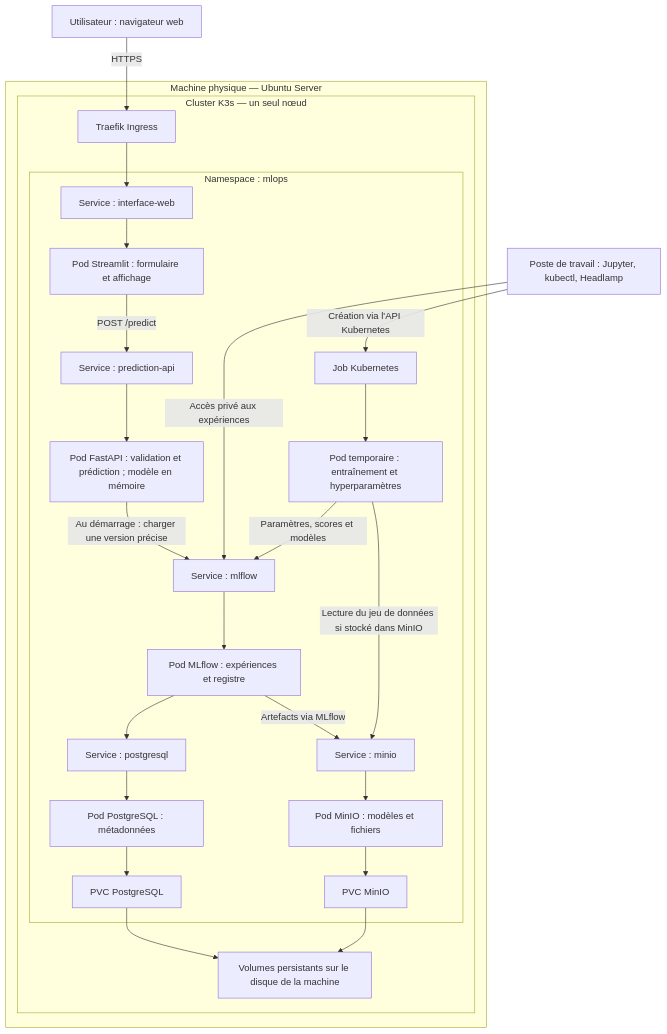
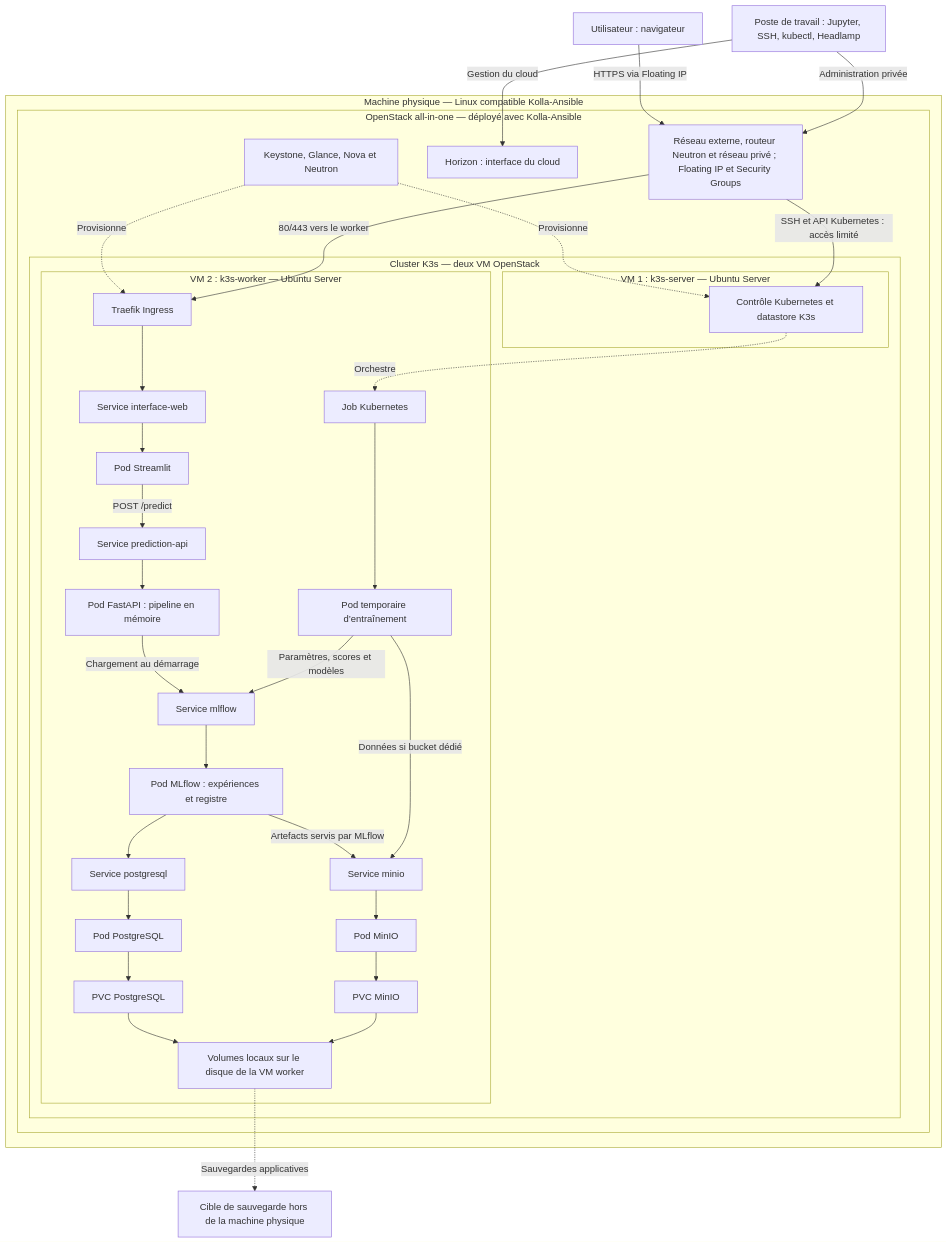
The diagram in docs/architecture/proposition-oumayma.md (oumaymaennamous/projet-option-asl-ia-ennamous-thanh), drawn with Mermaid before and after one commit. The commit also changed other lines of this file, not shown here.

First line of the commit message:
docs: adapter l’architecture au socle OpenStack all-in-one

````diff
--- a/docs/architecture/proposition-oumayma.md
+++ b/docs/architecture/proposition-oumayma.md
@@ -29,35 +37,47 @@
 ```mermaid
 flowchart TD
-    U["Utilisateur : navigateur web"] -->|"HTTPS"| ING
+    U["Utilisateur : navigateur"] -->|"HTTPS via Floating IP"| NET
+    ADMIN["Poste de travail : Jupyter, SSH, kubectl, Headlamp"] -->|"Administration privée"| NET
+    ADMIN -->|"Gestion du cloud"| HORIZON
 
-    subgraph MACHINE["Machine physique — Ubuntu Server"]
-        subgraph K3S["Cluster K3s — un seul nœud"]
-            ING["Traefik Ingress"]
-            subgraph APP["Namespace : mlops"]
-                SW["Service : interface-web"] --> WEB["Pod Streamlit : formulaire et affichage"]
-                WEB -->|"POST /predict"| SA["Service : prediction-api"]
-                SA --> API["Pod FastAPI : validation et prédiction ; modèle en mémoire"]
+    subgraph HOST["Machine physique — Linux compatible Kolla-Ansible"]
+        subgraph OS["OpenStack all-in-one — déployé avec Kolla-Ansible"]
+            HORIZON["Horizon : interface du cloud"]
+            CORE["Keystone, Glance, Nova et Neutron"]
+            NET["Réseau externe, routeur Neutron et réseau privé ; Floating IP et Security Groups"]
+            CORE -.->|"Provisionne"| CP
+            CORE -.->|"Provisionne"| INGRESS
 
-                API -->|"Au démarrage : charger une version précise"| SM["Service : mlflow"]
-                SM --> ML["Pod MLflow : expériences et registre"]
-                ML --> SP["Service : postgresql"]
-                SP --> PG["Pod PostgreSQL : métadonnées"]
-                ML -->|"Artefacts via MLflow"| SO["Service : minio"]
-                SO --> MIN["Pod MinIO : modèles et fichiers"]
+            subgraph K3S["Cluster K3s — deux VM OpenStack"]
+                subgraph VM1["VM 1 : k3s-server — Ubuntu Server"]
+                    CP["Contrôle Kubernetes et datastore K3s"]
+                end
 
-                JOB["Job Kubernetes"] --> TRAIN["Pod temporaire : entraînement et hyperparamètres"]
-                TRAIN -->|"Paramètres, scores et modèles"| SM
-                TRAIN -->|"Lecture du jeu de données si stocké dans MinIO"| SO
-
-                PG --> PVCDB["PVC PostgreSQL"]
-                MIN --> PVCMIN["PVC MinIO"]
+                subgraph VM2["VM 2 : k3s-worker — Ubuntu Server"]
+                    INGRESS["Traefik Ingress"]
+                    SW["Service interface-web"] --> WEB["Pod Streamlit"]
+                    WEB -->|"POST /predict"| SA["Service prediction-api"]
+                    SA --> API["Pod FastAPI : pipeline en mémoire"]
+                    API -->|"Chargement au démarrage"| SM["Service mlflow"]
+                    SM --> ML["Pod MLflow : expériences et registre"]
+                    ML --> SP["Service postgresql"]
+                    SP --> PG["Pod PostgreSQL"]
+                    ML -->|"Artefacts servis par MLflow"| SO["Service minio"]
+                    SO --> MIN["Pod MinIO"]
+                    JOB["Job Kubernetes"] --> TRAIN["Pod temporaire d’entraînement"]
+                    TRAIN -->|"Paramètres, scores et modèles"| SM
+                    TRAIN -->|"Données si bucket dédié"| SO
+                    INGRESS --> SW
+                    PG --> PVCDB["PVC PostgreSQL"]
+                    MIN --> PVCMIN["PVC MinIO"]
+                    PVCDB --> DISK["Volumes locaux sur le disque de la VM worker"]
+                    PVCMIN --> DISK
+                end
+                CP -.->|"Orchestre"| JOB
             end
-            ING --> SW
-            PVCDB --> DISK["Volumes persistants sur le disque de la machine"]
-            PVCMIN --> DISK
+            NET -->|"80/443 vers le worker"| INGRESS
+            NET -->|"SSH et API Kubernetes : accès limité"| CP
         end
     end
-
-    DEV["Poste de travail : Jupyter, kubectl, Headlamp"] -->|"Accès privé aux expériences"| SM
-    DEV -->|"Création via l'API Kubernetes"| JOB
+    DISK -.->|"Sauvegardes applicatives"| BACKUP["Cible de sauvegarde hors de la machine physique"]
 ```
````
